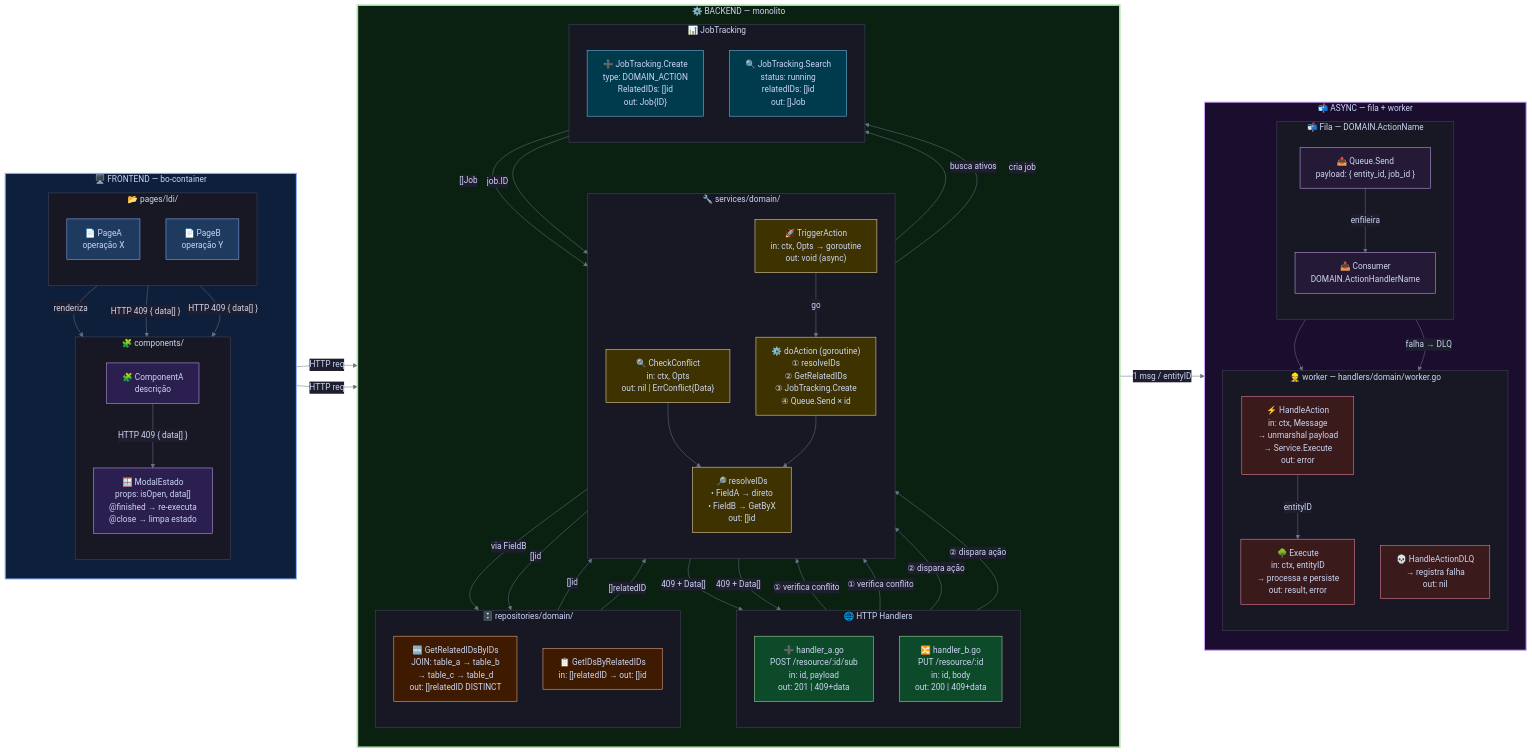
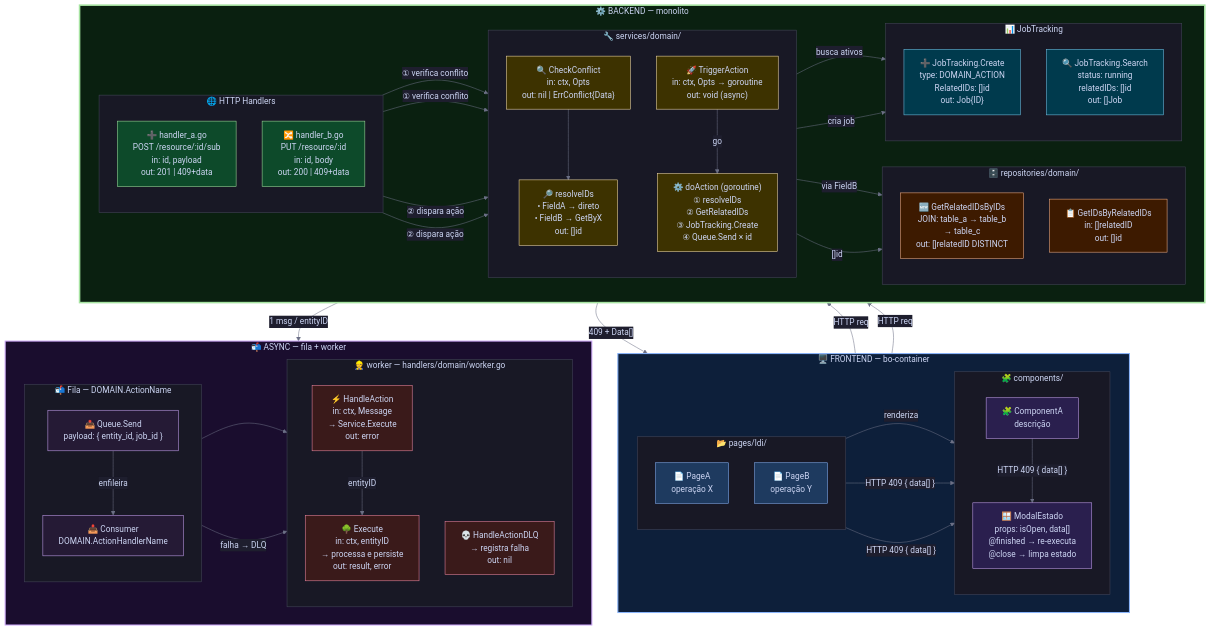
One commit to autibequi/nixos changed the diagram in vennon/self/skills/webview/mermaid/template/feature-diagram.md. Above: the diagram before and after it, drawn with Mermaid. The commit also changed other lines of this file and 14 other files, not shown here.

````diff
--- a/vennon/self/skills/webview/mermaid/template/feature-diagram.md
+++ b/vennon/self/skills/webview/mermaid/template/feature-diagram.md
@@ -116,10 +117,10 @@
 ```mermaid
 %%{init: {'theme': 'base', 'themeVariables': {'primaryColor': '#313244', 'primaryTextColor': '#cdd6f4', 'primaryBorderColor': '#585b70', 'lineColor': '#6c7086', 'secondaryColor': '#1e1e2e', 'tertiaryColor': '#181825', 'background': '#1e1e2e', 'mainBkg': '#313244', 'nodeBorder': '#585b70', 'clusterBkg': '#181825', 'clusterBorder': '#45475a', 'titleColor': '#cdd6f4', 'edgeLabelBackground': '#1e1e2e', 'fontFamily': 'JetBrains Mono, monospace'}}}%%
 
-flowchart LR
+flowchart TD
 
     subgraph FRONT["🖥️  FRONTEND — bo-container"]
-        direction TB
+        direction LR
 
         subgraph BO_PAGES["📂 pages/ldi/"]
             direction TB
@@ -138,7 +139,7 @@
     end
 
     subgraph BACK["⚙️  BACKEND — monolito"]
-        direction TB
+        direction LR
 
         subgraph MONO_H["🌐 HTTP Handlers"]
             direction TB
@@ -154,13 +155,12 @@
             S4["⚙️ doAction (goroutine)\n① resolveIDs\n② GetRelatedIDs\n③ JobTracking.Create\n④ Queue.Send × id"]
             S1 --> S2
             S3 -->|"go"| S4
-            S4 --> S2
         end
 
         subgraph MONO_REPO["🗄️  repositories/domain/"]
             direction TB
-            R1["🆕 GetRelatedIDsByIDs\nJOIN: table_a → table_b\n→ table_c → table_d\nout: []relatedID DISTINCT"]
-            R2["📋 GetIDsByRelatedIDs\nin: []relatedID → out: []id"]
+            R1["🆕 GetRelatedIDsByIDs\nJOIN: table_a → table_b\n→ table_c\nout: []relatedID DISTINCT"]
+            R2["📋 GetIDsByRelatedIDs\nin: []relatedID\nout: []id"]
         end
 
         subgraph JT["📊 JobTracking"]
@@ -169,24 +169,21 @@
             JT_S["🔍 JobTracking.Search\nstatus: running\nrelatedIDs: []id\nout: []Job"]
         end
 
+        %% handlers → services (só nó→nó, nunca subgraph→subgraph)
         H1 & H2 -->|"① verifica conflito"| S1
-        S1 -->|"409 + Data[]"| H1 & H2
         H1 & H2 -->|"② dispara ação"| S3
 
+        %% services → repos
         S2 -->|"via FieldB"| R2
-        R2 -->|"[]id"| S2
+        S4 -->|"[]id"| R1
 
-        S4 -->|"[]id"| R1
-        R1 -->|"[]relatedID"| S4
-
+        %% services → jobt
         S1 -->|"busca ativos"| JT_S
-        JT_S -->|"[]Job"| S1
         S4 -->|"cria job"| JT_C
-        JT_C -->|"job.ID"| S4
     end
 
     subgraph ASYNC["📬  ASYNC — fila + worker"]
-        direction TB
+        direction LR
 
         subgraph QUEUE["📬 Fila — DOMAIN.ActionName"]
             direction TB
@@ -197,7 +194,7 @@
 
         subgraph WORKER["👷  worker — handlers/domain/worker.go"]
             direction TB
-            W1["⚡ HandleAction\nin: ctx, Message\n→ unmarshal payload\n→ Service.Execute\nout: error"]
+            W1["⚡ HandleAction\nin: ctx, Message\n→ Service.Execute\nout: error"]
             W2["🌳 Execute\nin: ctx, entityID\n→ processa e persiste\nout: result, error"]
             W3["💀 HandleActionDLQ\n→ registra falha\nout: nil"]
             W1 -->|"entityID"| W2
@@ -208,8 +205,8 @@
     end
 
     %% conexões entre mega blocos
-    P1 -->|"HTTP req"| H1
-    P2 -->|"HTTP req"| H2
+    P1 & P2 -->|"HTTP req"| H1
+    S1 -->|"409 + Data[]"| M1
     S4 -->|"1 msg / entityID"| Q_S
 
     %% mega bloco backgrounds
@@ -217,7 +214,6 @@
     style BACK  fill:#0a2010,stroke:#a6e3a1,stroke-width:3px,color:#cdd6f4
     style ASYNC fill:#1a0d2e,stroke:#cba6f7,stroke-width:2px,color:#cdd6f4
 
-    %% classDefs
     classDef boPage   fill:#1e3a5f,stroke:#89b4fa,color:#cdd6f4
     classDef boComp   fill:#2a1f4e,stroke:#cba6f7,color:#cdd6f4
     classDef handler  fill:#0d4a2a,stroke:#a6e3a1,color:#cdd6f4
````
